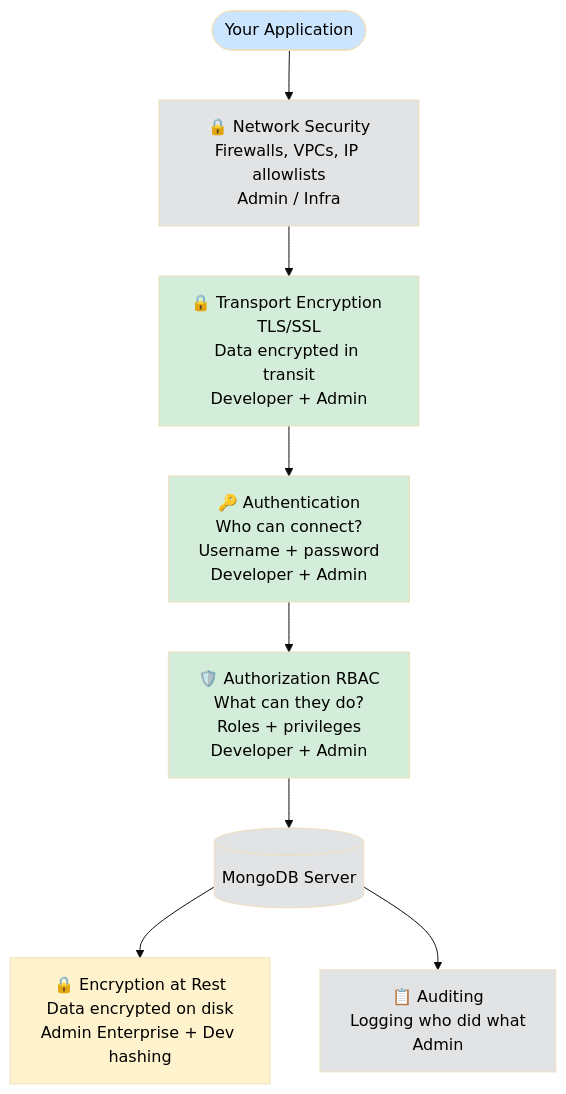
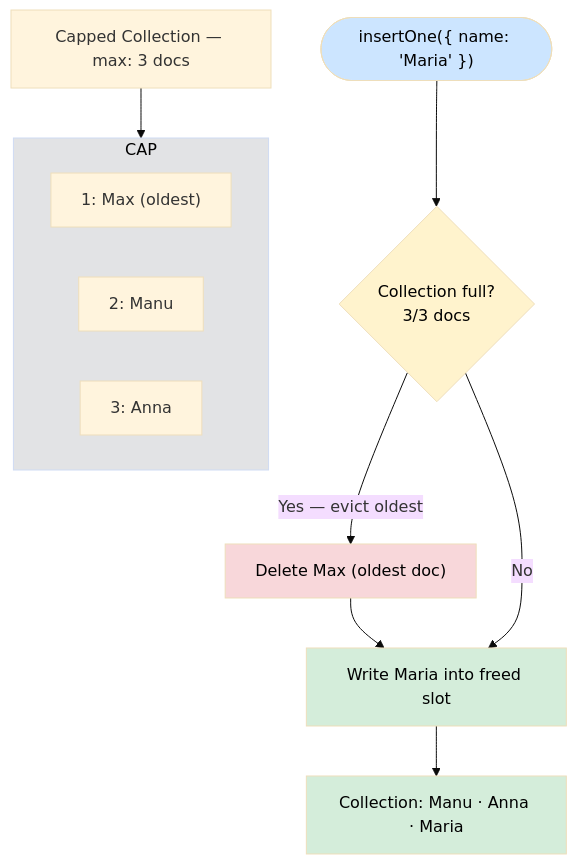
One commit to PrashantMudhiraj/JSAdv changed diagram 33 of 36 in mongodb/mongodb.md. Above: the diagram before and after it, drawn with Mermaid (base theme). The commit also changed other lines of this file, not shown here.

````diff
--- a/mongodb/mongodb.md
+++ b/mongodb/mongodb.md
@@ -12969,20 +13476,25 @@
 ```mermaid
 flowchart TD
-    APP(["Your Application"])
-    APP --> NET["🔒 Network Security<br/>Firewalls, VPCs, IP allowlists<br/>Admin / Infra"]
-    NET --> TLS["🔒 Transport Encryption TLS/SSL<br/>Data encrypted in transit<br/>Developer + Admin"]
-    TLS --> AUTH["🔑 Authentication<br/>Who can connect?<br/>Username + password<br/>Developer + Admin"]
-    AUTH --> AUTHZ["🛡️ Authorization RBAC<br/>What can they do?<br/>Roles + privileges<br/>Developer + Admin"]
-    AUTHZ --> DB[("MongoDB Server")]
-    DB --> REST["🔒 Encryption at Rest<br/>Data encrypted on disk<br/>Admin Enterprise + Dev hashing"]
-    DB --> AUDIT["📋 Auditing<br/>Logging who did what<br/>Admin"]
+    CAP_TITLE["Capped Collection — max: 3 docs"]
+    subgraph CAP
+        SLOT1["1: Max (oldest)"]
+        SLOT2["2: Manu"]
+        SLOT3["3: Anna"]
+    end
+    CAP_TITLE --> CAP
 
-    style APP fill:#cce5ff,color:#000
-    style NET fill:#e2e3e5,color:#000
-    style TLS fill:#d4edda,color:#000
-    style AUTH fill:#d4edda,color:#000
-    style AUTHZ fill:#d4edda,color:#000
-    style DB fill:#e2e3e5,color:#000
-    style REST fill:#fff3cd,color:#000
-    style AUDIT fill:#e2e3e5,color:#000
+    INSERT(["insertOne({ name: 'Maria' })"]) --> CHECK{"Collection full?<br/>3/3 docs"}
+    CHECK -->|"Yes — evict oldest"| EVICT["Delete Max (oldest doc)"]
+    EVICT --> WRITE["Write Maria into freed slot"]
+    CHECK -->|"No"| WRITE
+    WRITE --> RESULT["Collection: Manu · Anna · Maria"]
+
+    style INSERT fill:#cce5ff,color:#000
+    style CHECK fill:#fff3cd,color:#000
+    style EVICT fill:#f8d7da,color:#000
+    style WRITE fill:#d4edda,color:#000
+    style RESULT fill:#d4edda,color:#000
+    style CAP fill:#e2e3e5,color:#000
+
+    classDef spacer fill:transparent,stroke:transparent,color:transparent;
 ```
````
